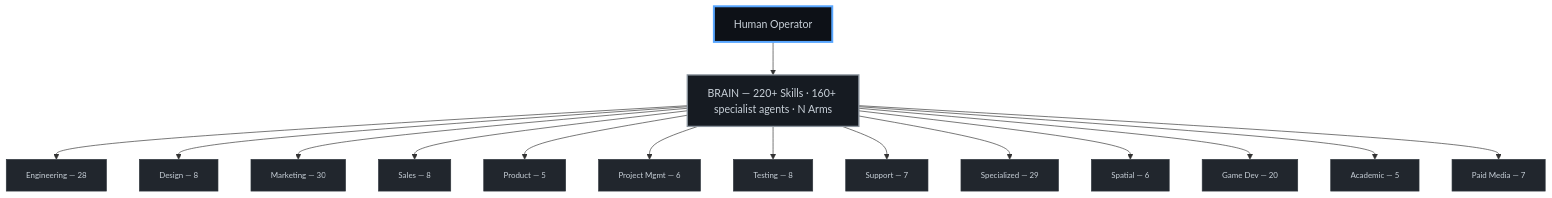
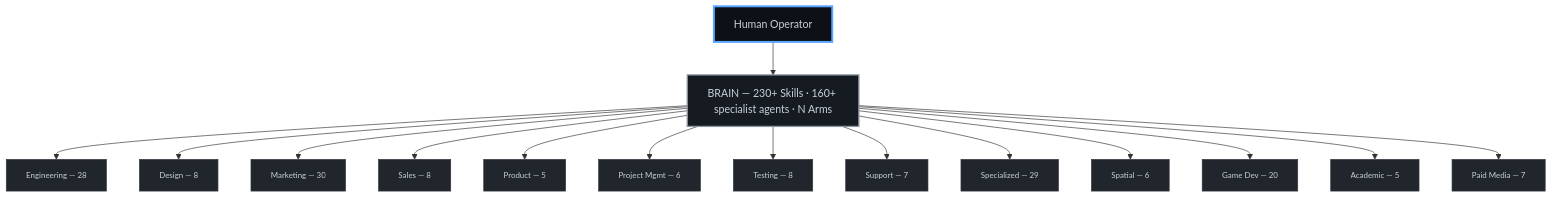
The diagram in README.md (CarlosCaPe/octorato), drawn with Mermaid before and after one commit. The commit also changed other lines of this file and 4 other files, not shown here.

````diff
--- a/README.md
+++ b/README.md
@@ -436,24 +436,24 @@
 ```mermaid
 graph TB
     classDef ceo fill:#0D1117,stroke:#58A6FF,stroke-width:3px,color:#C9D1D9
     classDef brain fill:#161B22,stroke:#8B949E,stroke-width:2px,color:#C9D1D9
     classDef div fill:#21262D,stroke:#30363D,stroke-width:1px,color:#C9D1D9,font-size:12px
 
     CEO["Human Operator"]:::ceo
-    BRAIN["BRAIN — 220+ Skills · 160+ specialist agents · N Arms"]:::brain
+    BRAIN["BRAIN — 230+ Skills · 160+ specialist agents · N Arms"]:::brain
     CEO --> BRAIN
 
     BRAIN --> ENG["Engineering — 28"]:::div
     BRAIN --> DES["Design — 8"]:::div
     BRAIN --> MKT["Marketing — 30"]:::div
     BRAIN --> SAL["Sales — 8"]:::div
     BRAIN --> PRD["Product — 5"]:::div
     BRAIN --> PM["Project Mgmt — 6"]:::div
     BRAIN --> TST["Testing — 8"]:::div
     BRAIN --> SUP["Support — 7"]:::div
     BRAIN --> SPC["Specialized — 29"]:::div
     BRAIN --> XR["Spatial — 6"]:::div
     BRAIN --> GMD["Game Dev — 20"]:::div
     BRAIN --> ACD["Academic — 5"]:::div
     BRAIN --> PMA["Paid Media — 7"]:::div
 ```
````
